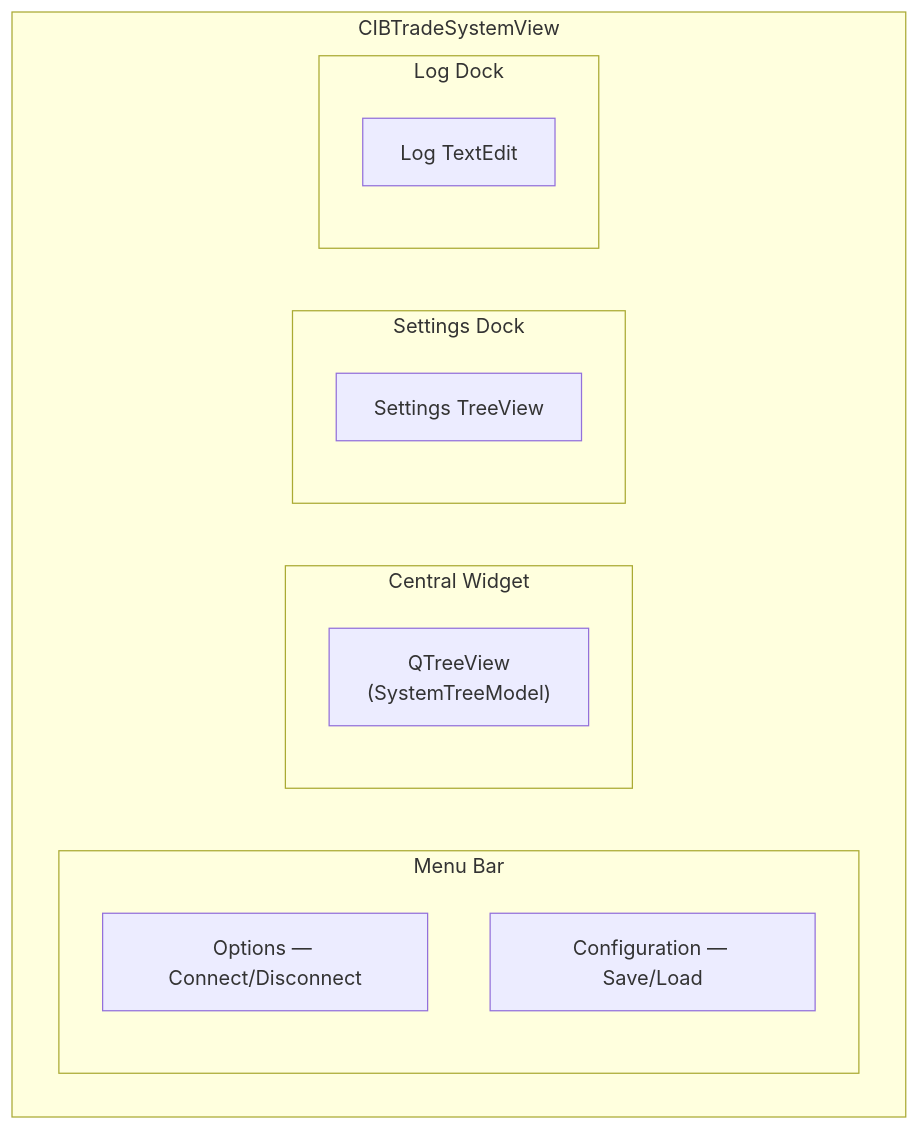
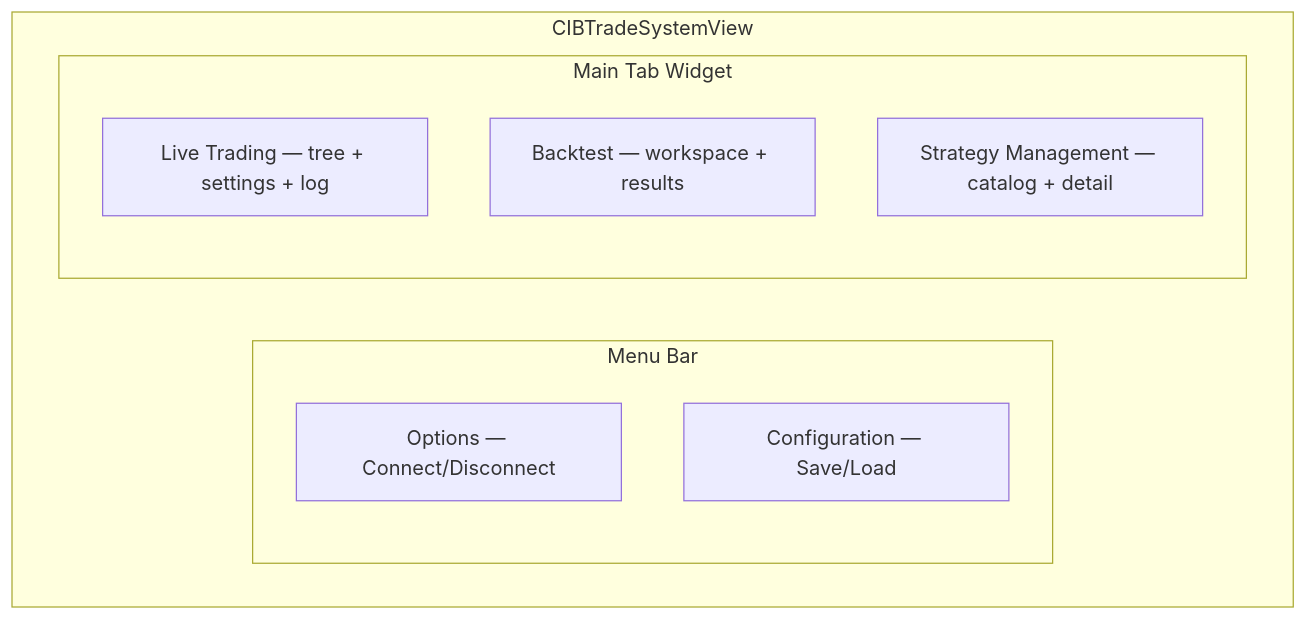
Diagram 20 of 22 in IbTradeQt/docs/ARCHITECTURE.md (CloseToAlgoTrading/IbTradeQtDev), drawn with Mermaid before and after one commit. The commit also changed other lines of this file and 33 other files, not shown here.

First line of the commit message:
Add Strategy Management tab with versioned catalog (two-stage implementation)

````diff
--- a/IbTradeQt/docs/ARCHITECTURE.md
+++ b/IbTradeQt/docs/ARCHITECTURE.md
@@ -796,18 +947,14 @@
 ```mermaid
 flowchart TB
     subgraph MainWindow[CIBTradeSystemView]
         subgraph MenuBar[Menu Bar]
             OptionsMenu[Options — Connect/Disconnect]
             ConfigMenu[Configuration — Save/Load]
         end
-        subgraph Central[Central Widget]
-            TreeView["QTreeView\n(SystemTreeModel)"]
-        end
-        subgraph DockRight[Settings Dock]
-            SettingsTree[Settings TreeView]
-        end
-        subgraph DockBottom[Log Dock]
-            LogText[Log TextEdit]
+        subgraph Tabs[Main Tab Widget]
+            Tab0[Live Trading — tree + settings + log]
+            Tab1[Backtest — workspace + results]
+            Tab2[Strategy Management — catalog + detail]
         end
     end
 ```
````
